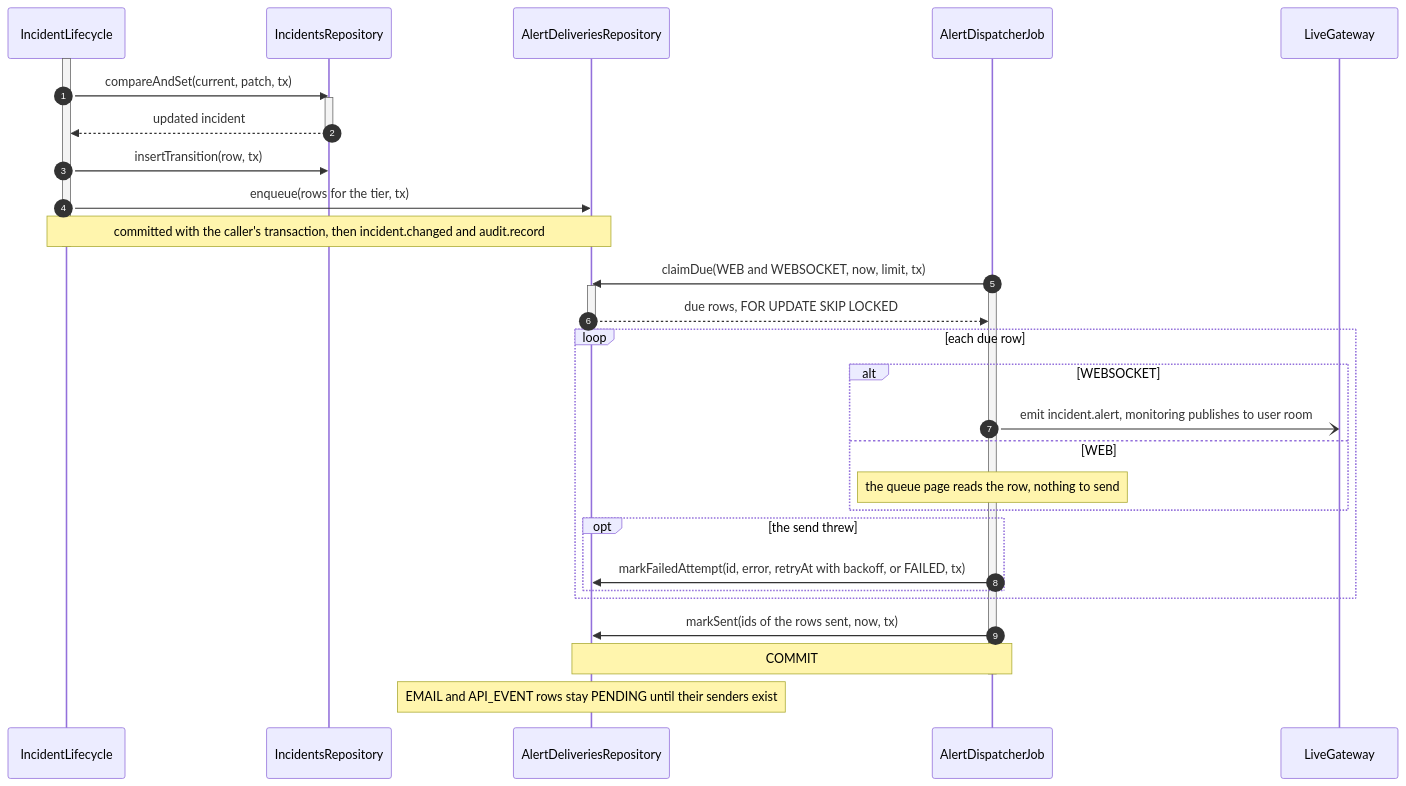
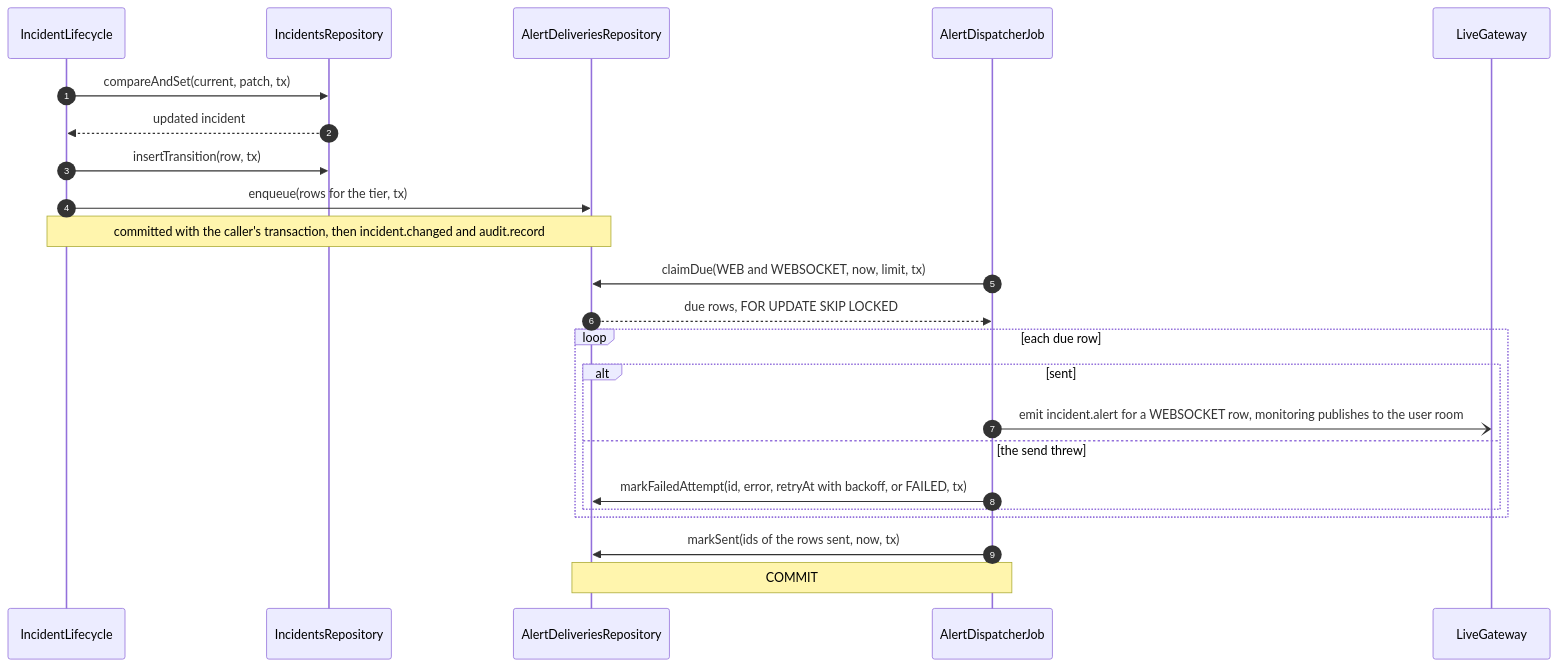
One commit to TrekLink-Team/treklink-web changed the sixth of 10 diagrams in specs/incidents/design.md. Above: the diagram before and after it, drawn with Mermaid. The commit also changed other lines of this file and 8 other files, not shown here.

First line of the commit message:
docs: keep one alt and no activation lines in the incidents sequences

````diff
--- a/specs/incidents/design.md
+++ b/specs/incidents/design.md
@@ -445,37 +413,25 @@
 ```mermaid
 sequenceDiagram
     autonumber
     participant L as IncidentLifecycle
     participant R as IncidentsRepository
     participant Ob as AlertDeliveriesRepository
     participant Dp as AlertDispatcherJob
     participant W as LiveGateway
-    activate L
     L->>R: compareAndSet(current, patch, tx)
-    activate R
     R-->>L: updated incident
-    deactivate R
     L->>R: insertTransition(row, tx)
     L->>Ob: enqueue(rows for the tier, tx)
     Note over L,Ob: committed with the caller's transaction, then incident.changed and audit.record
-    deactivate L
     Dp->>Ob: claimDue(WEB and WEBSOCKET, now, limit, tx)
-    activate Dp
-    activate Ob
     Ob-->>Dp: due rows, FOR UPDATE SKIP LOCKED
-    deactivate Ob
     loop each due row
-        alt WEBSOCKET
-            Dp-)W: emit incident.alert, monitoring publishes to user room
-        else WEB
-            Note over Dp: the queue page reads the row, nothing to send
-        end
-        opt the send threw
+        alt sent
+            Dp-)W: emit incident.alert for a WEBSOCKET row, monitoring publishes to the user room
+        else the send threw
             Dp->>Ob: markFailedAttempt(id, error, retryAt with backoff, or FAILED, tx)
         end
     end
     Dp->>Ob: markSent(ids of the rows sent, now, tx)
     Note over Dp,Ob: COMMIT
-    deactivate Dp
-    Note over Ob: EMAIL and API_EVENT rows stay PENDING until their senders exist
 ```
````
